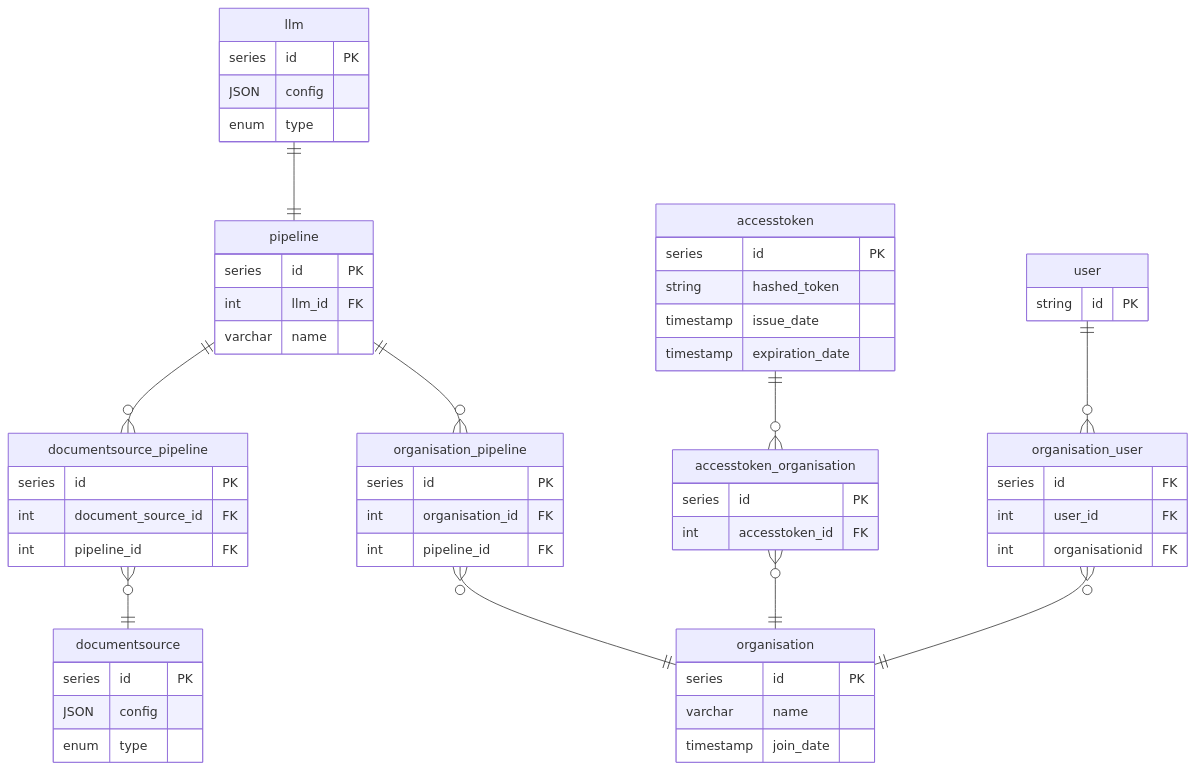
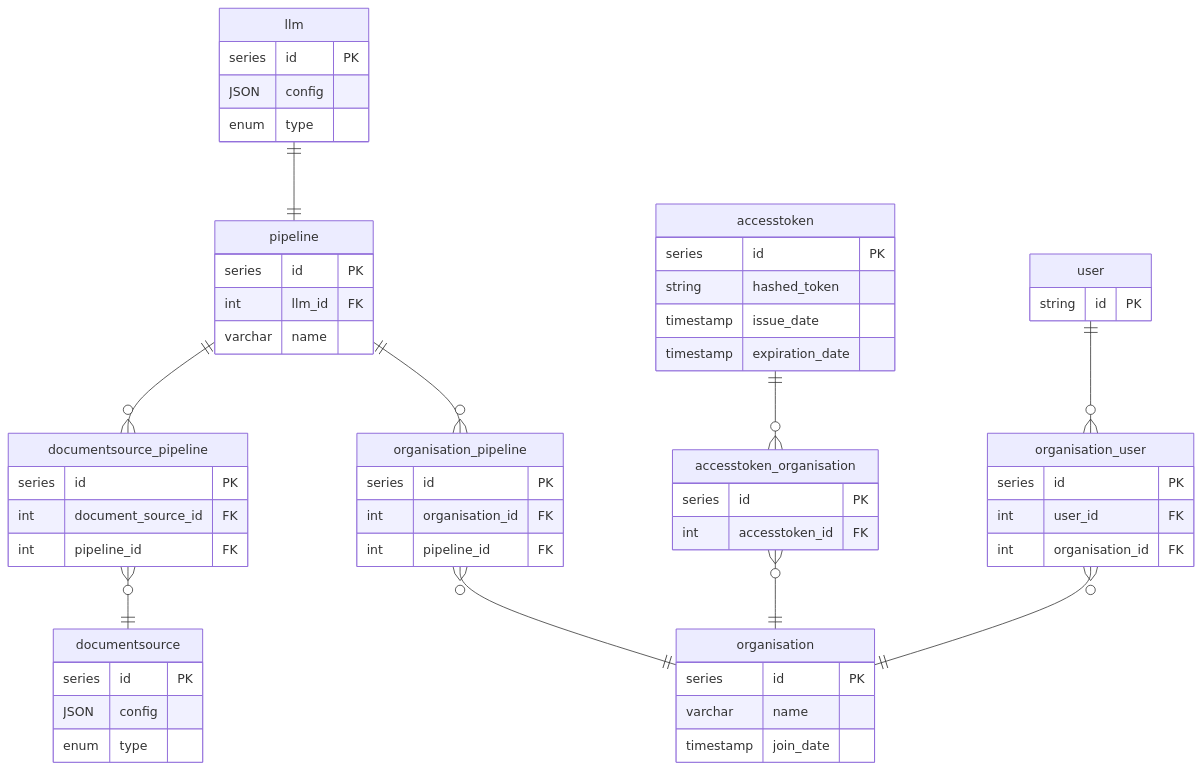
The diagram in README.md (cy2hq/fontys-project-faqllm23-documentation), drawn with Mermaid before and after one commit. The commit also changed other lines of this file, not shown here.

````diff
--- a/README.md
+++ b/README.md
@@ -3,76 +4,76 @@
 ```mermaid
 erDiagram
 
 pipeline ||--o{ documentsource_pipeline : ""
 documentsource_pipeline }o--|| documentsource: ""
 
 accesstoken ||--o{ accesstoken_organisation : ""
 accesstoken_organisation }o--|| organisation: ""
 
 pipeline ||--o{ organisation_pipeline : ""
 organisation_pipeline }o--|| organisation: ""
 
 user ||--o{ organisation_user : ""
 organisation_user }o--|| organisation: ""
 
 llm ||--|| pipeline : ""
 
 
 organisation {
     series id PK
     varchar name
     timestamp join_date
 }
 
 user {
     string id PK
 }
 
 accesstoken {
     series id PK
     string hashed_token
     timestamp issue_date
     timestamp expiration_date
 }
 
 documentsource {
     series id PK
     JSON config
     enum type
 }
 
 pipeline {
     series id PK
     int llm_id FK
     varchar name
 }
 
 llm {
     series id PK
     JSON config
     enum type
 }
 
 documentsource_pipeline {
     series id PK
     int document_source_id FK
     int pipeline_id FK
 }
 
 organisation_user { 
-    series id FK
+    series id PK
     int user_id FK
-    int organisationid FK
+    int organisation_id FK
 }
 
 accesstoken_organisation {
     series id PK
     int accesstoken_id FK
 }
 
 organisation_pipeline {
     series id PK
     int organisation_id FK
     int pipeline_id FK
 }
 ```
````
